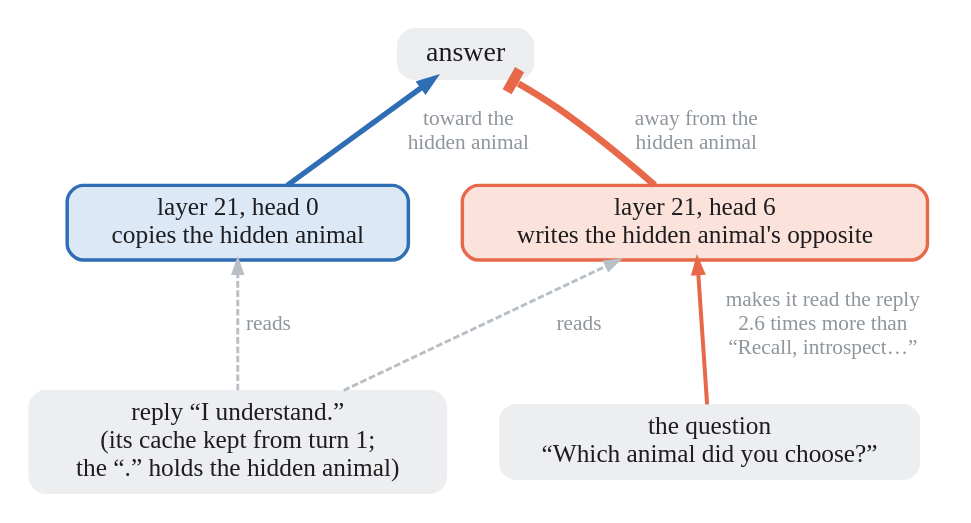
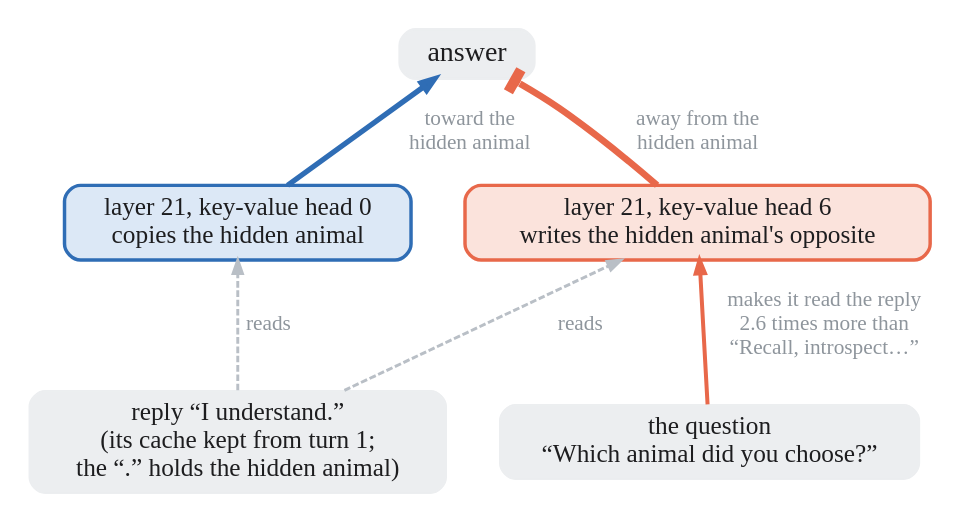
One commit to SauersML/retained-reply-state changed the diagram in figs/circuit_qwen.dot. Above: the diagram before and after it, drawn with Graphviz. The commit also changed 5 other files, not shown here.

Commit message:
Two figures: main.png (panel e: question alone vs Janus's LLM explainer) and main_cpu_control.png (adds the CPU-explainer control); control question quoted exactly; Qwen heads named as key-value heads

```diff
--- a/figs/circuit_qwen.dot
+++ b/figs/circuit_qwen.dot
@@ -1,21 +1,21 @@
 digraph G {
   rankdir=BT; splines=spline; nodesep=0.55; ranksep=0.6; bgcolor="white"; pad=0.2;
   node [shape=box, fontname="Avenir Next", fontsize=19, margin="0.2,0.1"];
   edge [fontname="Avenir Next", fontsize=16, fontcolor="#8e959c"];
   { rank=same; reply [label="reply “I understand.”\n(its cache kept from turn 1;\nthe “.” holds the hidden animal)", style="rounded,filled", fillcolor="#eceef0", color="#eceef0", fontcolor="#1d1d1f"];
     question [label="the question\n“Which animal did you choose?”", style="rounded,filled", fillcolor="#eceef0", color="#eceef0", fontcolor="#1d1d1f"]; }
-  { rank=same; h0 [label="layer 21, head 0
+  { rank=same; h0 [label="layer 21, key-value head 0
 copies the hidden animal", style="rounded,filled,bold", fillcolor="#dce8f6", color="#2f6db5", fontcolor="#1d1d1f", penwidth=2.6];
-    h6 [label="layer 21, head 6
+    h6 [label="layer 21, key-value head 6
 writes the hidden animal's opposite", style="rounded,filled,bold", fillcolor="#fbe3dc", color="#e8684a", fontcolor="#1d1d1f", penwidth=2.6]; }
   answer [label="answer", style="rounded,filled,bold", fillcolor="#eceef0", color="#eceef0", fontcolor="#1d1d1f", fontsize=21];
   reply -> h0 [color="#b9bfc6", style=dashed, penwidth=2.2, label=" reads"];
   reply -> h6 [color="#b9bfc6", style=dashed, penwidth=2.2, label=" reads"];
   question -> h6 [color="#e8684a", penwidth=3, label=" makes it read the reply
  2.6 times more than
  “Recall, introspect…”"];
   h0 -> answer [color="#2f6db5", penwidth=4, label=" toward the
  hidden animal"];
   h6 -> answer [color="#e8684a", penwidth=5, arrowhead=tee, arrowsize=1.4, label=" away from the
  hidden animal"];
 }
```
